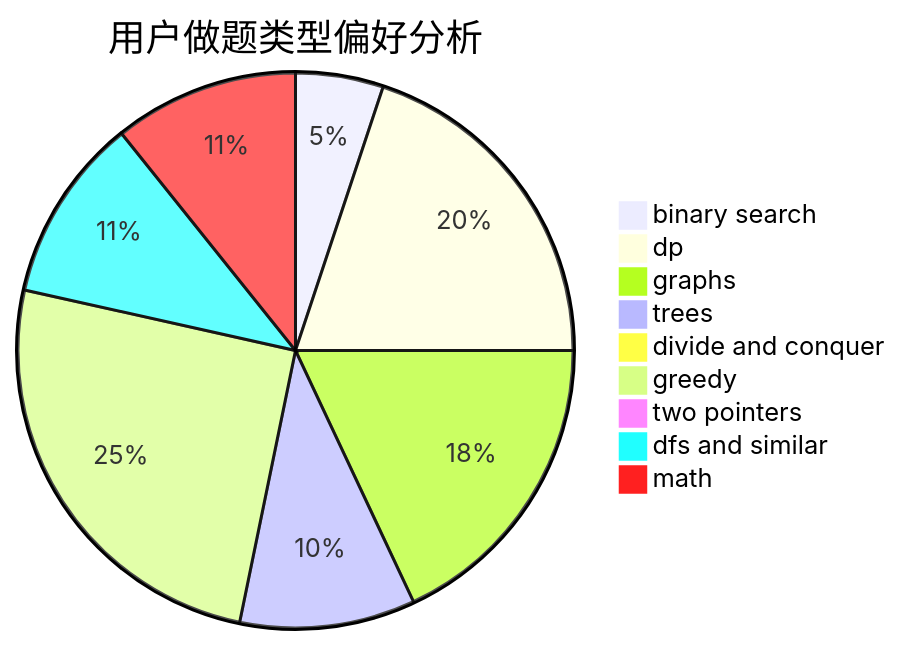
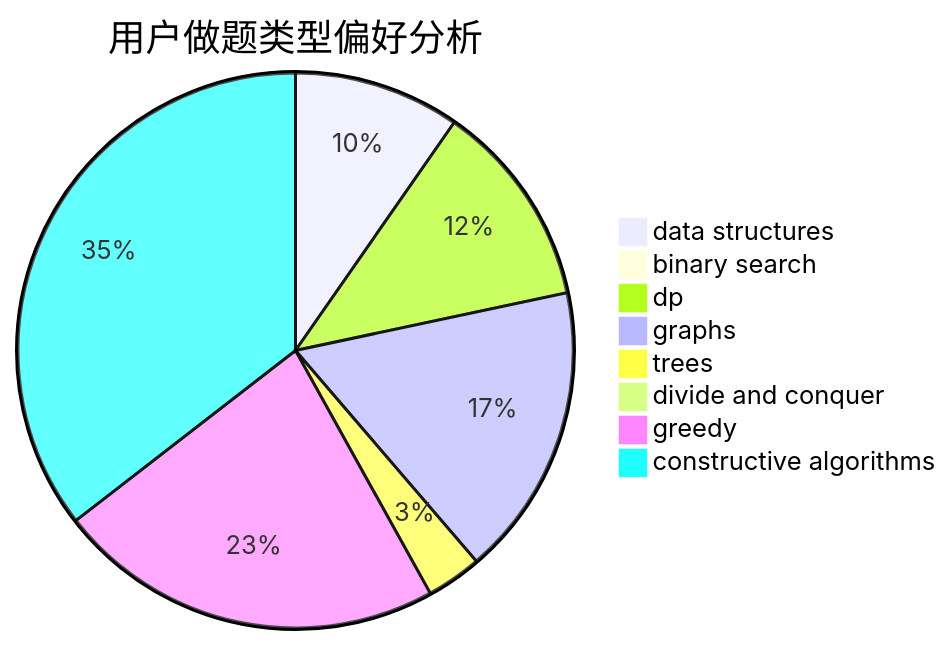
One commit to sherpahu/cfrs.github.io changed the second of 3 diagrams in docs/user/u2111.md. Above: the diagram before and after it, drawn with Mermaid. The commit also changed other lines of this file and 2775 other files, not shown here.

````diff
--- a/docs/user/u2111.md
+++ b/docs/user/u2111.md
@@ -23,12 +23,11 @@
 ```mermaid
 pie title 用户做题类型偏好分析
-    "binary search" :  19
-    "dp" :  74
-    "graphs" :  67
-    "trees" :  38
+    "data structures" :  21
+    "binary search" :  0
+    "dp" :  26
+    "graphs" :  37
+    "trees" :  7
     "divide and conquer" :  0
-    "greedy" :  94
-    "two pointers" :  0
-    "dfs and similar" :  40
-    "math" :  40
+    "greedy" :  49
+    "constructive algorithms" :  77
 ```
````
